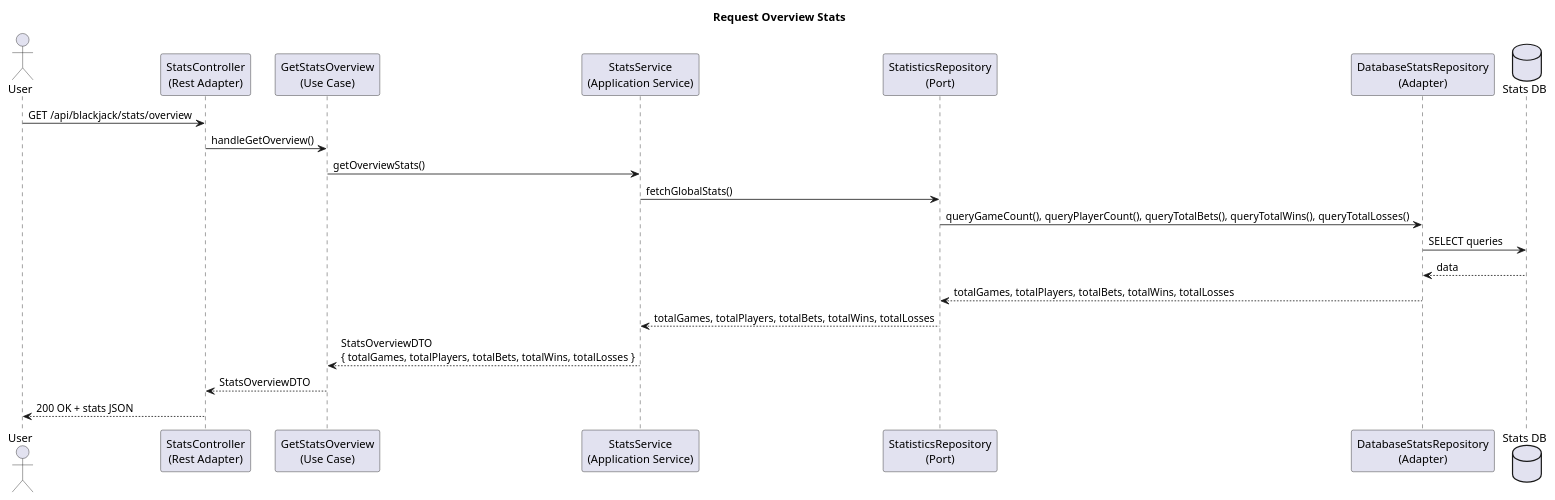
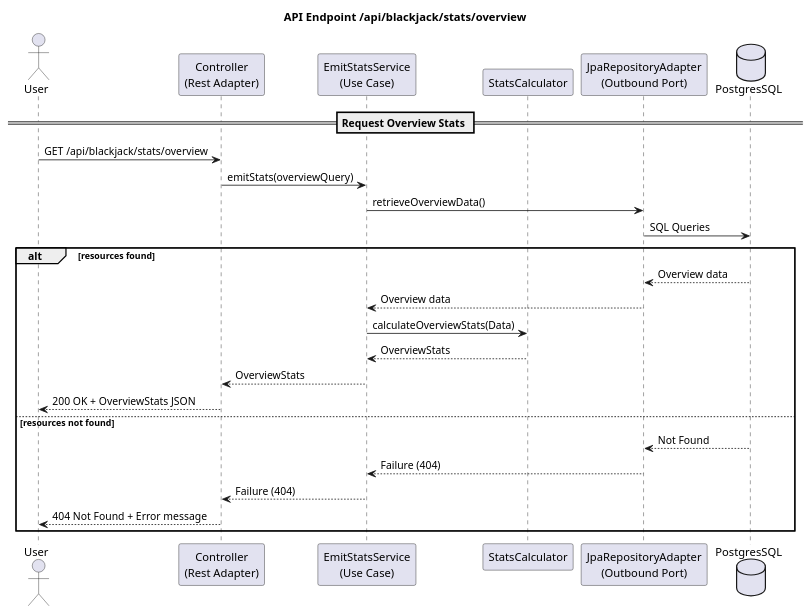
Before and after one commit to voelkerh/Blackjack: the diagram in docs/uml/sequence_diagram_stats_overview.puml, drawn with PlantUML. The commit also changed 1 other file, not shown here.

Commit message:
Update sequence diagrams for stats

```diff
--- a/docs/uml/sequence_diagram_stats_overview.puml
+++ b/docs/uml/sequence_diagram_stats_overview.puml
@@ -1,29 +1,33 @@
 @startuml
-title Request Overview Stats
+title API Endpoint /api/blackjack/stats/overview
 
 actor User
 
-participant "StatsController\n(Rest Adapter)" as Controller
-participant "GetStatsOverview\n(Use Case)" as UseCase
-participant "StatsService\n(Application Service)" as Service
-participant "StatisticsRepository\n(Port)" as RepoPort
-participant "DatabaseStatsRepository\n(Adapter)" as RepoAdapter
-database "Stats DB" as DB
+participant "Controller\n(Rest Adapter)" as Controller
+participant "EmitStatsService\n(Use Case)" as Service
+participant "StatsCalculator" as Calculator
+participant "JpaRepositoryAdapter\n(Outbound Port)" as Adapter
+database PostgresSQL as DB
+
+== Request Overview Stats ==
 
 User -> Controller : GET /api/blackjack/stats/overview
+Controller -> Service : emitStats(overviewQuery)
+Service -> Adapter : retrieveOverviewData()
+Adapter -> DB : SQL Queries
 
-Controller -> UseCase : handleGetOverview()
-UseCase -> Service : getOverviewStats()
+alt resources found
+    DB --> Adapter : Overview data
+    Adapter --> Service : Overview data
+    Service -> Calculator : calculateOverviewStats(Data)
+    Calculator --> Service : OverviewStats
+    Service --> Controller : OverviewStats
+    Controller --> User : 200 OK + OverviewStats JSON
 
-Service -> RepoPort : fetchGlobalStats()
-RepoPort -> RepoAdapter : queryGameCount(), queryPlayerCount(), queryTotalBets(), queryTotalWins(), queryTotalLosses()
-RepoAdapter -> DB : SELECT queries
-DB --> RepoAdapter : data
-RepoAdapter --> RepoPort : totalGames, totalPlayers, totalBets, totalWins, totalLosses
-RepoPort --> Service : totalGames, totalPlayers, totalBets, totalWins, totalLosses
-
-Service --> UseCase : StatsOverviewDTO\n{ totalGames, totalPlayers, totalBets, totalWins, totalLosses }
-UseCase --> Controller : StatsOverviewDTO
-Controller --> User : 200 OK + stats JSON
-
+else resources not found
+    DB --> Adapter : Not Found
+    Adapter --> Service : Failure (404)
+    Service --> Controller : Failure (404)
+    Controller --> User : 404 Not Found + Error message
+end
 @enduml
```
